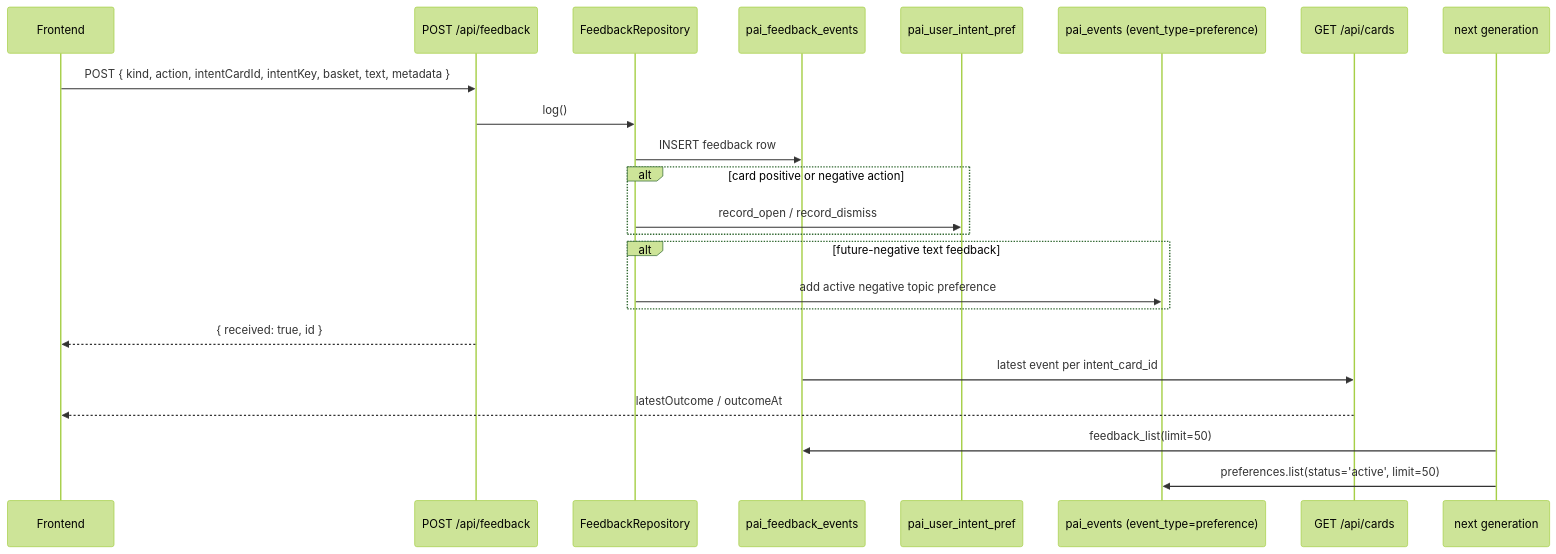
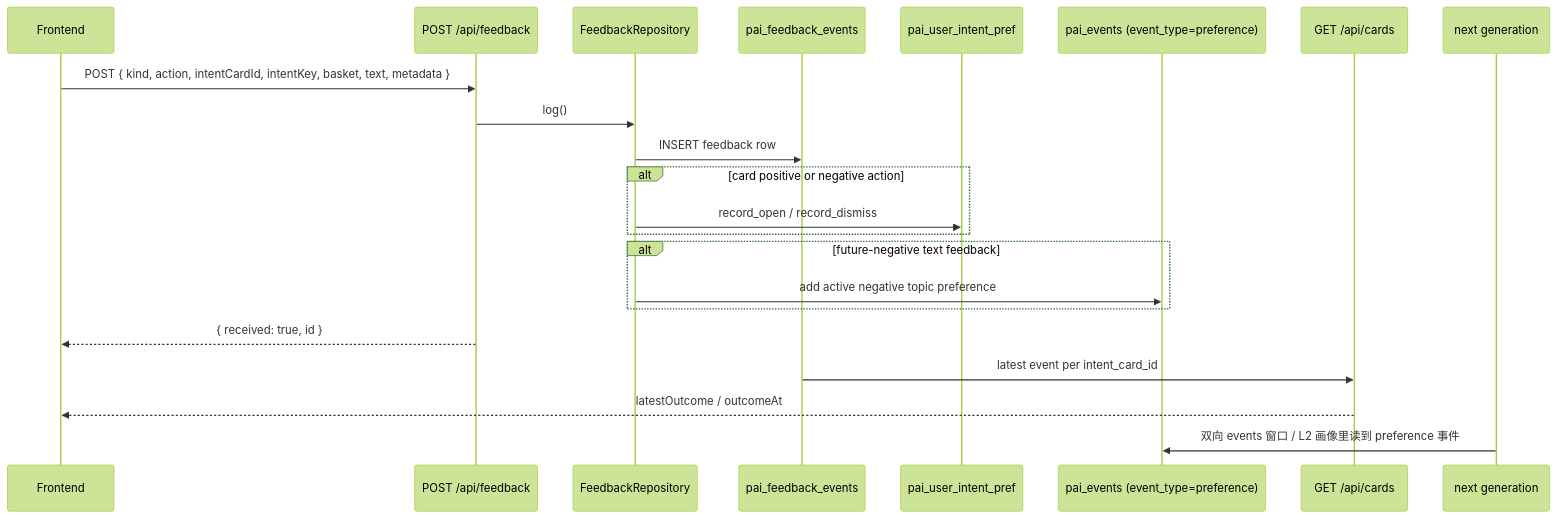
Before and after one commit to Edge-AI-HQ/proactive-assistant: the second of 2 diagrams in docs/modules/feedback.mdx, drawn with Mermaid (forest theme). The commit also changed other lines of this file and 9 other files, not shown here.

````diff
--- a/docs/modules/feedback.mdx
+++ b/docs/modules/feedback.mdx
@@ -116,26 +112,25 @@
 ```mermaid
 sequenceDiagram
   participant UI as Frontend
   participant R as POST /api/feedback
   participant Repo as FeedbackRepository
   participant Events as pai_feedback_events
   participant FP as pai_user_intent_pref
   participant Prefs as pai_events (event_type=preference)
   participant Cards as GET /api/cards
   participant Gen as next generation
 
   UI->>R: POST { kind, action, intentCardId, intentKey, basket, text, metadata }
   R->>Repo: log()
   Repo->>Events: INSERT feedback row
   alt card positive or negative action
     Repo->>FP: record_open / record_dismiss
   end
   alt future-negative text feedback
     Repo->>Prefs: add active negative topic preference
   end
   R-->>UI: { received: true, id }
   Events->>Cards: latest event per intent_card_id
   Cards-->>UI: latestOutcome / outcomeAt
-  Gen->>Events: feedback_list(limit=50)
-  Gen->>Prefs: preferences.list(status='active', limit=50)
+  Gen->>Prefs: 双向 events 窗口 / L2 画像里读到 preference 事件
 ```
````
